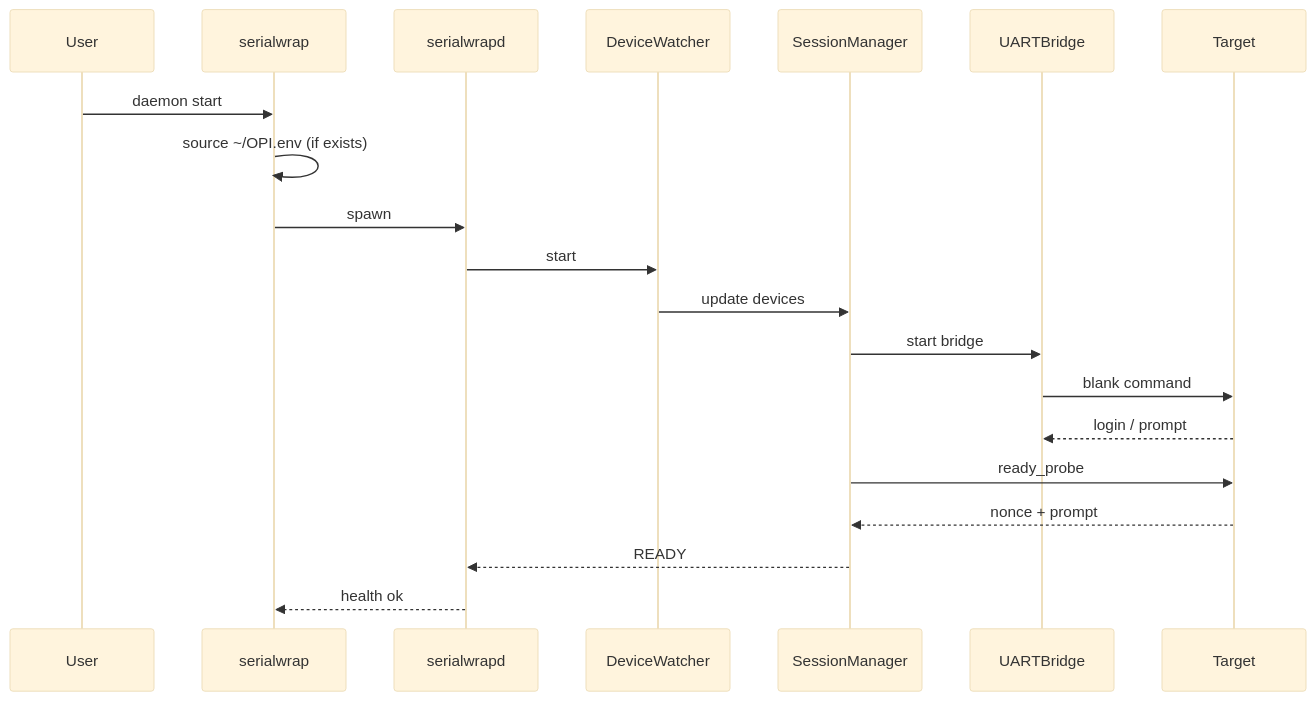
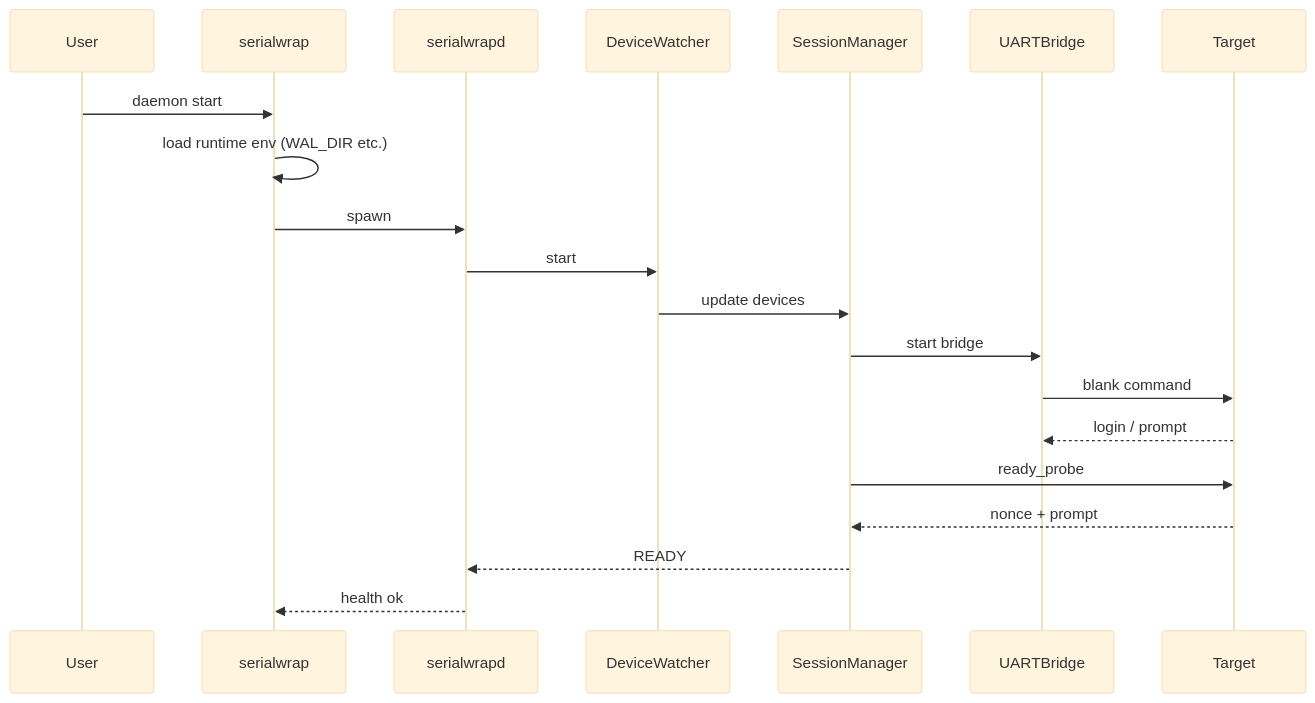
The second of 3 diagrams in docs/serialwrap-spec.md (hamanpaul/serialwrap), drawn with Mermaid (base theme) before and after one commit. The commit also changed other lines of this file and 14 other files, not shown here.

````diff
--- a/docs/serialwrap-spec.md
+++ b/docs/serialwrap-spec.md
@@ -104,23 +104,23 @@
 ```mermaid
 sequenceDiagram
     participant User as User
     participant CLI as serialwrap
     participant D as serialwrapd
     participant W as DeviceWatcher
     participant S as SessionManager
     participant B as UARTBridge
     participant T as Target
 
     User->>CLI: daemon start
-    CLI->>CLI: source ~/OPI.env (if exists)
+    CLI->>CLI: load runtime env (WAL_DIR etc.)
     CLI->>D: spawn
     D->>W: start
     W->>S: update devices
     S->>B: start bridge
     B->>T: blank command
     T-->>B: login / prompt
     S->>T: ready_probe
     T-->>S: nonce + prompt
     S-->>D: READY
     D-->>CLI: health ok
 ```
````
